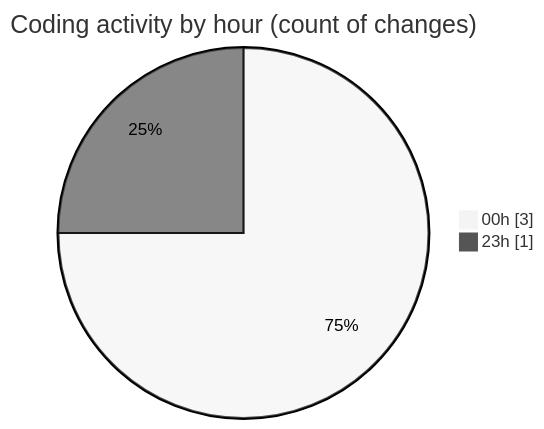
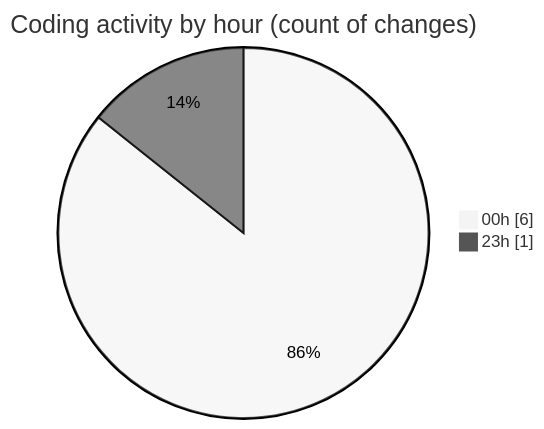
Before and after one commit to lephambinh05/code-tracking: the second of 2 diagrams in 2025-08-04/studybuddy/README.md, drawn with Mermaid (neutral theme). The commit also changed other lines of this file and 1 other file, not shown here.

````diff
--- a/2025-08-04/studybuddy/README.md
+++ b/2025-08-04/studybuddy/README.md
@@ -29,6 +29,6 @@
 ```mermaid
 pie showData
 title Coding activity by hour (count of changes)
-"00h" : 3
+"00h" : 6
 "23h" : 1
 ```
````
